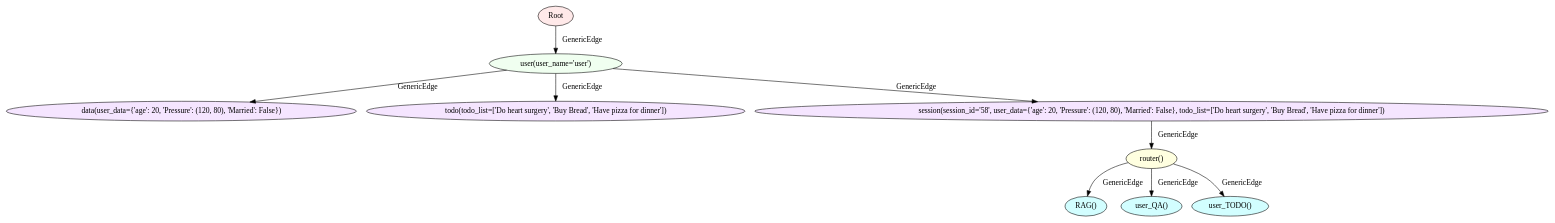
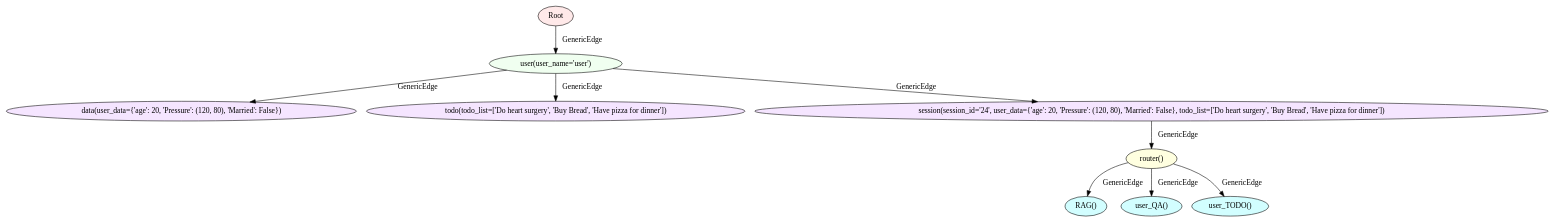
The diagram in Assignment_1/1_chat_bot_graph_impl.dot (savini98/jac-chat-buddy), drawn with Graphviz before and after one commit. The commit also changed 18 other files, not shown here.

```diff
--- a/Assignment_1/1_chat_bot_graph_impl.dot
+++ b/Assignment_1/1_chat_bot_graph_impl.dot
@@ -1,20 +1,20 @@
 digraph {
 node [style="filled", shape="ellipse", fillcolor="invis", fontcolor="black"];
 0 -> 1  [label="GenericEdge "];
 1 -> 2  [label="GenericEdge "];
 1 -> 3  [label="GenericEdge "];
 1 -> 4  [label="GenericEdge "];
 4 -> 5  [label="GenericEdge "];
 5 -> 6  [label="GenericEdge "];
 5 -> 7  [label="GenericEdge "];
 5 -> 8  [label="GenericEdge "];
 0 [label="Root"fillcolor="#FFE9E9"];
 1 [label="user(user_name=&#x27;user&#x27;)"fillcolor="#F0FFF0"];
 2 [label="data(user_data={&#x27;age&#x27;: 20, &#x27;Pressure&#x27;: (120, 80), &#x27;Married&#x27;: False})"fillcolor="#F5E5FF"];
 3 [label="todo(todo_list=[&#x27;Do heart surgery&#x27;, &#x27;Buy Bread&#x27;, &#x27;Have pizza for dinner&#x27;])"fillcolor="#F5E5FF"];
-4 [label="session(session_id=&#x27;58&#x27;, user_data={&#x27;age&#x27;: 20, &#x27;Pressure&#x27;: (120, 80), &#x27;Married&#x27;: False}, todo_list=[&#x27;Do heart surgery&#x27;, &#x27;Buy Bread&#x27;, &#x27;Have pizza for dinner&#x27;])"fillcolor="#F5E5FF"];
+4 [label="session(session_id=&#x27;24&#x27;, user_data={&#x27;age&#x27;: 20, &#x27;Pressure&#x27;: (120, 80), &#x27;Married&#x27;: False}, todo_list=[&#x27;Do heart surgery&#x27;, &#x27;Buy Bread&#x27;, &#x27;Have pizza for dinner&#x27;])"fillcolor="#F5E5FF"];
 5 [label="router()"fillcolor="#FFFFE0"];
 6 [label="RAG()"fillcolor="#D2FEFF "];
 7 [label="user_QA()"fillcolor="#D2FEFF "];
 8 [label="user_TODO()"fillcolor="#D2FEFF "];
 }
```
